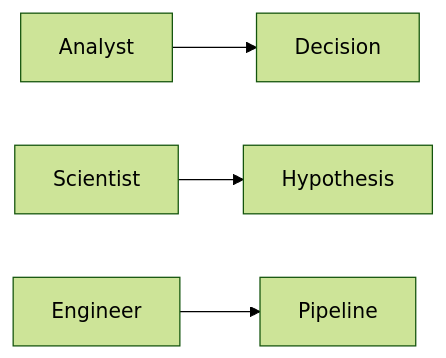
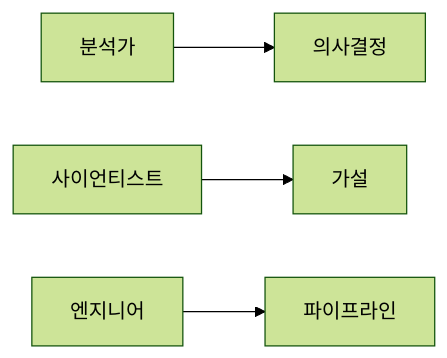
Before and after one commit to yeongseon-books/book-content: the diagram in content/data-science-career-101/ko/02-analyst-scientist-engineer.md, drawn with Mermaid (forest theme). The commit also changed other lines of this file and 9 other files, not shown here.

````diff
--- a/content/data-science-career-101/ko/02-analyst-scientist-engineer.md
+++ b/content/data-science-career-101/ko/02-analyst-scientist-engineer.md
@@ -33,6 +41,6 @@
 ```mermaid
 flowchart LR
-    A[Analyst] --> D[Decision]
-    S[Scientist] --> H[Hypothesis]
-    E[Engineer] --> P[Pipeline]
+    A[분석가] --> D[의사결정]
+    S[사이언티스트] --> H[가설]
+    E[엔지니어] --> P[파이프라인]
 ```
````
